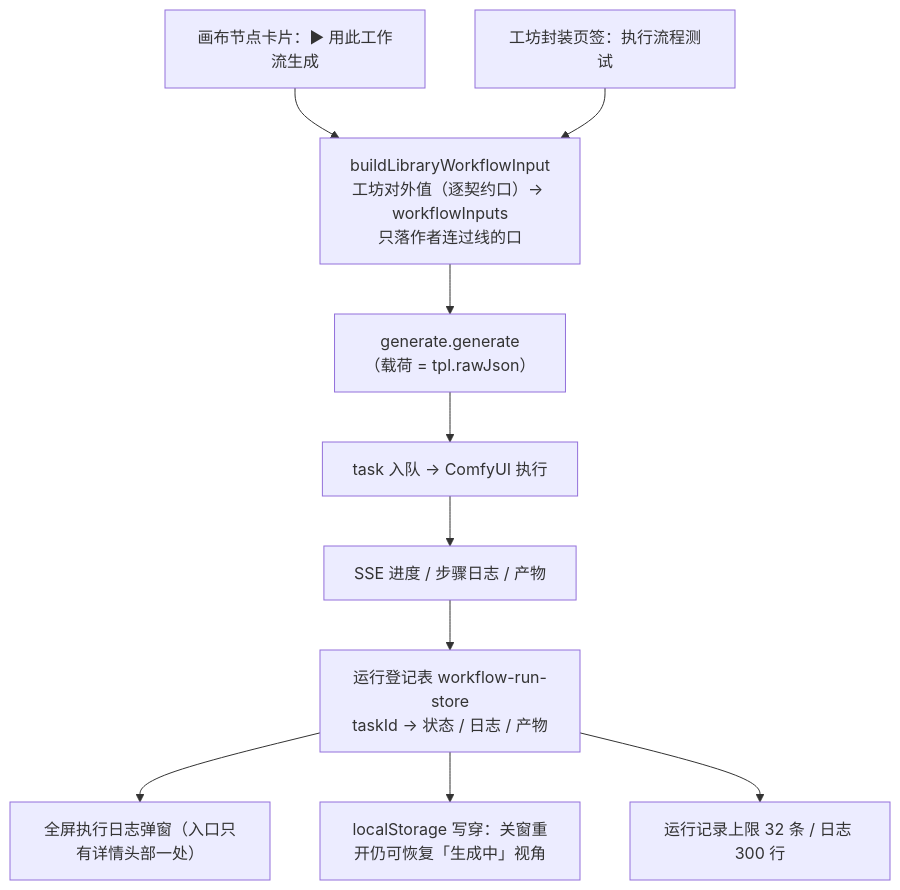
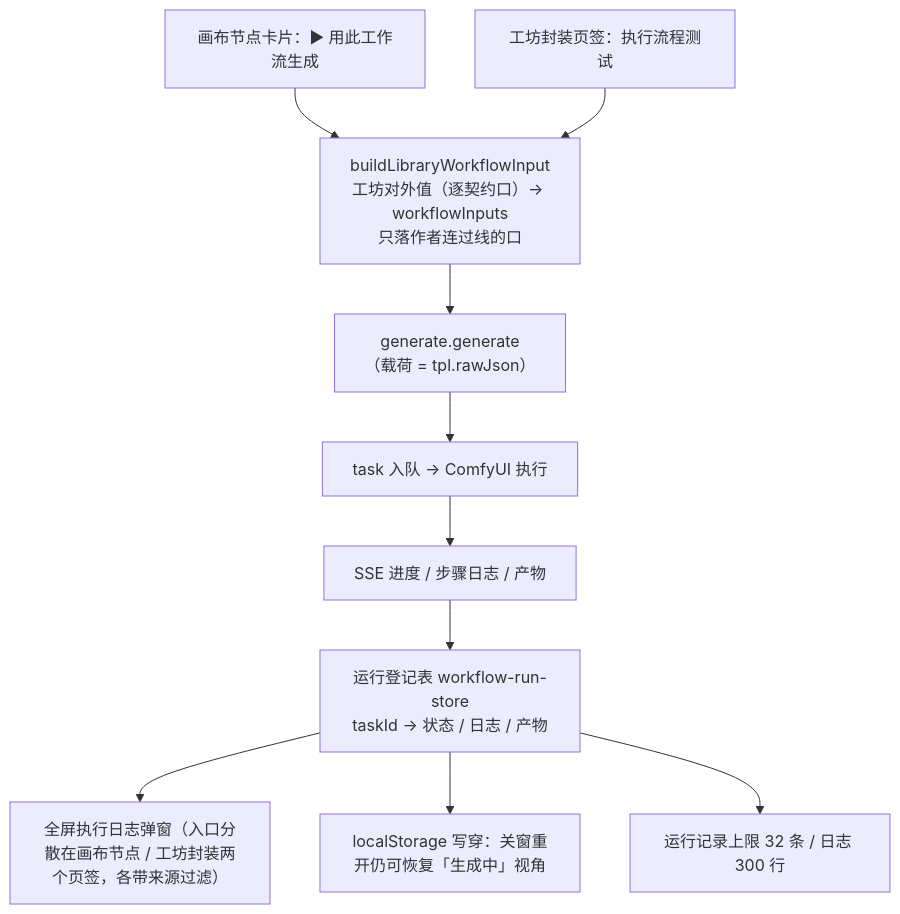
Before and after one commit to wuxianyuedu/comfy-app: the seventh of 8 diagrams in docs/guides/feature-workflow-library-flow.md, drawn with Mermaid. The commit also changed 7 other files, not shown here.

````diff
--- a/docs/guides/feature-workflow-library-flow.md
+++ b/docs/guides/feature-workflow-library-flow.md
@@ -230,12 +230,12 @@
 ```mermaid
 flowchart TD
   E1["画布节点卡片：▶ 用此工作流生成"] --> BUILD
   E2["工坊封装页签：执行流程测试"] --> BUILD
   BUILD["buildLibraryWorkflowInput<br/>工坊对外值（逐契约口）→ workflowInputs<br/>只落作者连过线的口"] --> GEN["generate.generate<br/>（载荷 = tpl.rawJson）"]
   GEN --> TASK["task 入队 → ComfyUI 执行"]
   TASK --> SSE["SSE 进度 / 步骤日志 / 产物"]
   SSE --> REG["运行登记表 workflow-run-store<br/>taskId → 状态 / 日志 / 产物"]
-  REG --> MODAL["全屏执行日志弹窗（入口只有详情头部一处）"]
+  REG --> MODAL["全屏执行日志弹窗（入口分散在画布节点 / 工坊封装两个页签，各带来源过滤）"]
   REG --> LS["localStorage 写穿：关窗重开仍可恢复「生成中」视角"]
   REG --> R3["运行记录上限 32 条 / 日志 300 行"]
 ```
````
